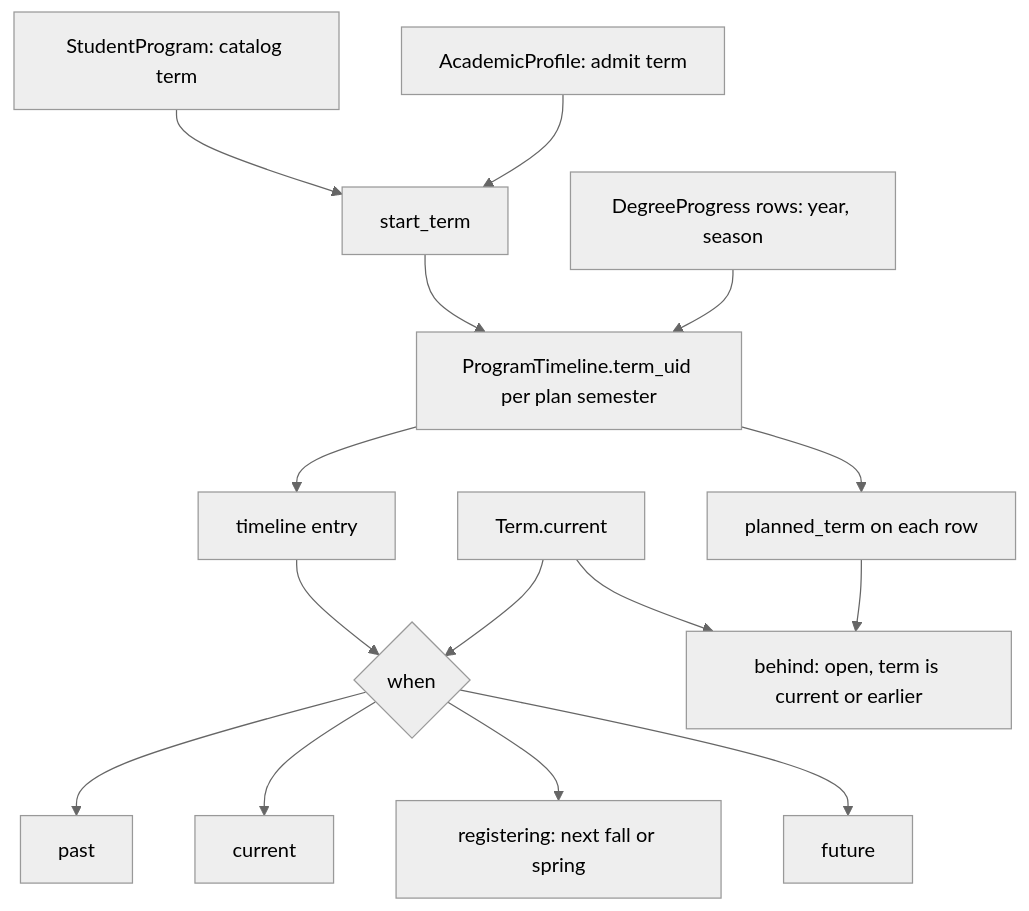
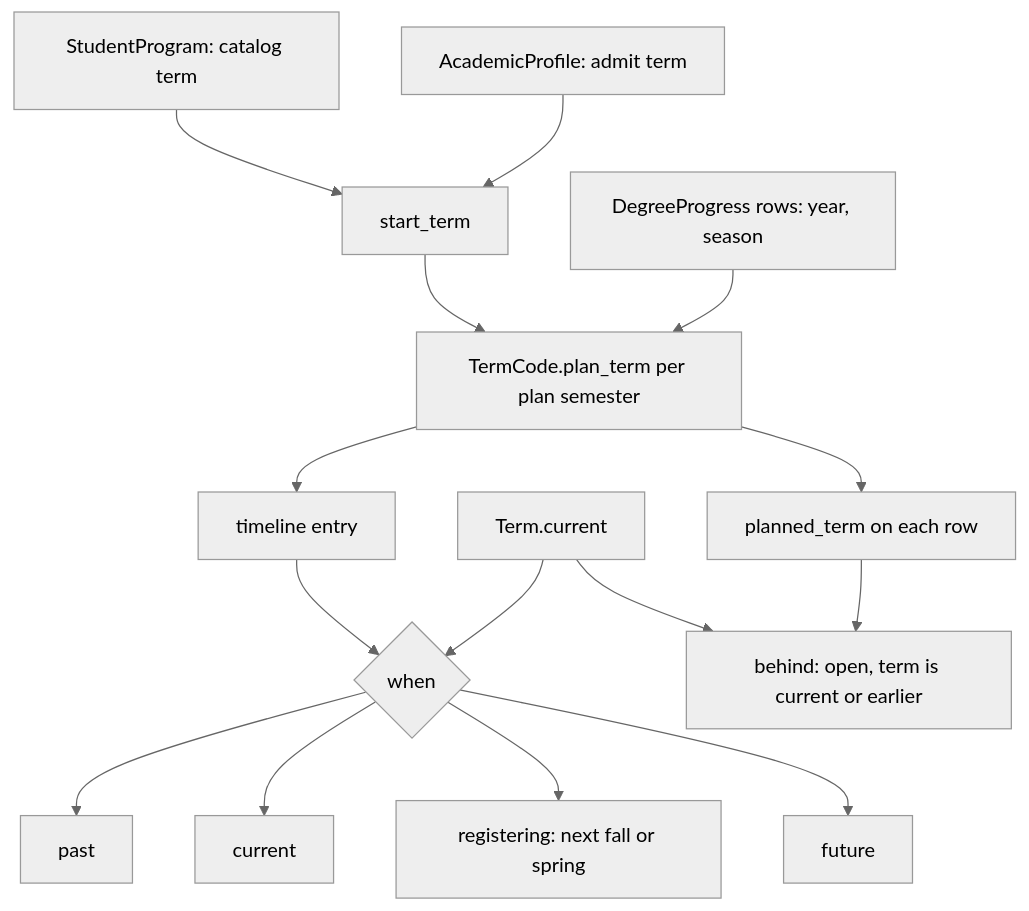
One commit to WITCodingClub/calendar-backend changed the eighth of 14 diagrams in docs/degree-requirements.md. Above: the diagram before and after it, drawn with Mermaid (neutral theme). The commit also changed other lines of this file and 80 other files, not shown here.

````diff
--- a/docs/degree-requirements.md
+++ b/docs/degree-requirements.md
@@ -386,17 +386,17 @@
 ```mermaid
 flowchart TD
   SP[StudentProgram: catalog term] --> ST[start_term]
   AP[AcademicProfile: admit term] --> ST
-  ST --> PT[ProgramTimeline.term_uid per plan semester]
+  ST --> PT[TermCode.plan_term per plan semester]
   R[DegreeProgress rows: year, season] --> PT
   PT --> TL[timeline entry]
   TC[Term.current] --> W{when}
   TL --> W
   W --> P1[past]
   W --> P2[current]
   W --> P3[registering: next fall or spring]
   W --> P4[future]
   PT --> RT[planned_term on each row]
   TC --> B[behind: open, term is current or earlier]
   RT --> B
 ```
````
